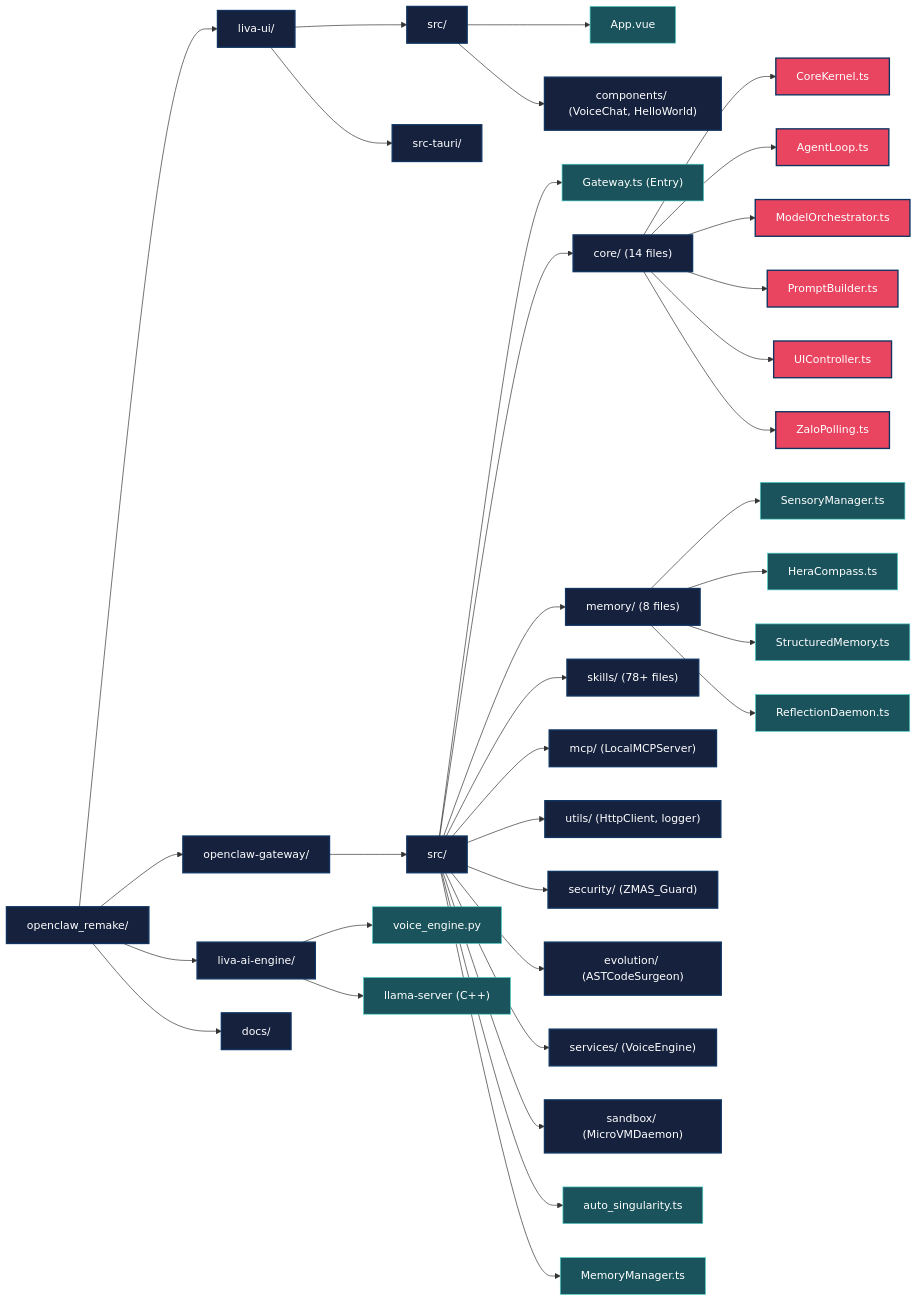
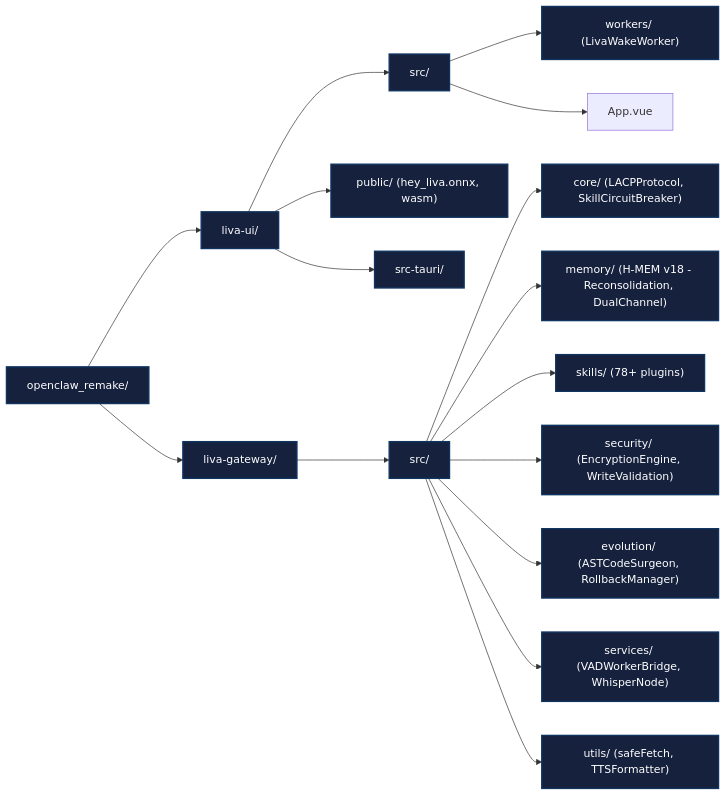
One commit to DuongNAD/LIVA changed the fourth of 4 diagrams in docs/codebase_architecture.md. Above: the diagram before and after it, drawn with Mermaid. The commit also changed other lines of this file and 10 other files, not shown here.

Commit message:
docs: update architecture documents and gitnexus skills

````diff
--- a/docs/codebase_architecture.md
+++ b/docs/codebase_architecture.md
@@ -358,53 +257,27 @@
 ```mermaid
 graph LR
     Root["openclaw_remake/"]
 
     Root --> UIDir["liva-ui/"]
-    Root --> GWDir["openclaw-gateway/"]
-    Root --> EngDir["liva-ai-engine/"]
-    Root --> DocsDir["docs/"]
+    Root --> GWDir["liva-gateway/"]
 
     UIDir --> UISrc["src/"]
+    UIDir --> UIPub["public/ (hey_liva.onnx, wasm)"]
+    UISrc --> Workers["workers/ (LivaWakeWorker)"]
     UISrc --> AppVue2["App.vue"]
-    UISrc --> Comps["components/ (VoiceChat, HelloWorld)"]
     UIDir --> TauriDir["src-tauri/"]
 
     GWDir --> GWSrc["src/"]
-    GWSrc --> GatewayTS["Gateway.ts (Entry)"]
-    GWSrc --> CoreDir["core/ (14 files)"]
-    CoreDir --> CK2["CoreKernel.ts"]
-    CoreDir --> AL2["AgentLoop.ts"]
-    CoreDir --> MO2["ModelOrchestrator.ts"]
-    CoreDir --> PB2["PromptBuilder.ts"]
-    CoreDir --> UI2["UIController.ts"]
-    CoreDir --> ZP2["ZaloPolling.ts"]
-
-    GWSrc --> MemDir["memory/ (8 files)"]
-    MemDir --> SM["SensoryManager.ts"]
-    MemDir --> HC["HeraCompass.ts"]
-    MemDir --> SMem["StructuredMemory.ts"]
-    MemDir --> RD["ReflectionDaemon.ts"]
-
-    GWSrc --> SkillDir["skills/ (78+ files)"]
-    GWSrc --> MCPDir["mcp/ (LocalMCPServer)"]
-    GWSrc --> UtilDir["utils/ (HttpClient, logger)"]
-
-    GWSrc --> SecDir["security/ (ZMAS_Guard)"]
-    GWSrc --> EvoDir["evolution/ (ASTCodeSurgeon)"]
-    GWSrc --> SvcDir["services/ (VoiceEngine)"]
-    GWSrc --> SandDir["sandbox/ (MicroVMDaemon)"]
-    GWSrc --> AutoSing["auto_singularity.ts"]
-
-    GWSrc --> MemMgr["MemoryManager.ts"]
-
-    EngDir --> VoicePy["voice_engine.py"]
-    EngDir --> LlamaExe["llama-server (C++)"]
+    GWSrc --> CoreDir["core/ (LACPProtocol, SkillCircuitBreaker)"]
+    GWSrc --> MemDir["memory/ (H-MEM v18 - Reconsolidation, DualChannel)"]
+    GWSrc --> SkillDir["skills/ (78+ plugins)"]
+    GWSrc --> SecDir["security/ (EncryptionEngine, WriteValidation)"]
+    GWSrc --> EvoDir["evolution/ (ASTCodeSurgeon, RollbackManager)"]
+    GWSrc --> SvcDir["services/ (VADWorkerBridge, WhisperNode)"]
+    GWSrc --> UtilDir["utils/ (safeFetch, TTSFormatter)"]
 
     classDef dir fill:#16213e,stroke:#0f3460,stroke-width:2px,color:#fff
-    classDef file fill:#1a535c,stroke:#4ecdc4,stroke-width:1px,color:#fff
     classDef important fill:#e94560,stroke:#0f3460,stroke-width:2px,color:#fff
 
-    class Root,UIDir,GWDir,EngDir,DocsDir,UISrc,GWSrc,CoreDir,MemDir,SkillDir,MCPDir,UtilDir,SecDir,EvoDir,SvcDir,SandDir,Comps,TauriDir dir
-    class AppVue2,GatewayTS,MemMgr,AutoSing,VoicePy,LlamaExe,SM,HC,SMem,RD file
-    class CK2,AL2,MO2,PB2,UI2,ZP2 important
+    class Root,UIDir,GWDir,UISrc,GWSrc,CoreDir,MemDir,SkillDir,SecDir,EvoDir,SvcDir,UtilDir,TauriDir,UIPub,Workers dir
 ```
````
